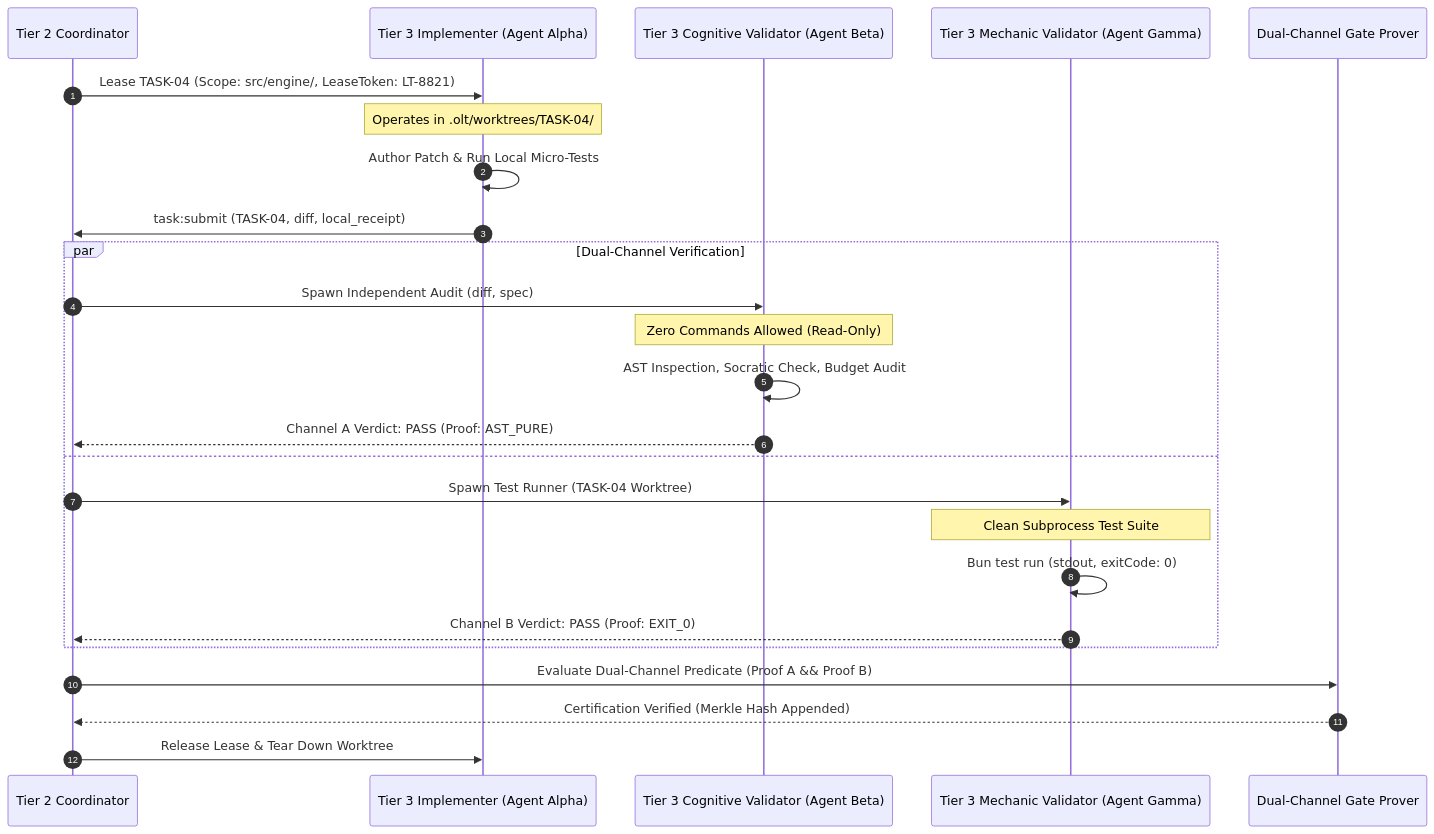
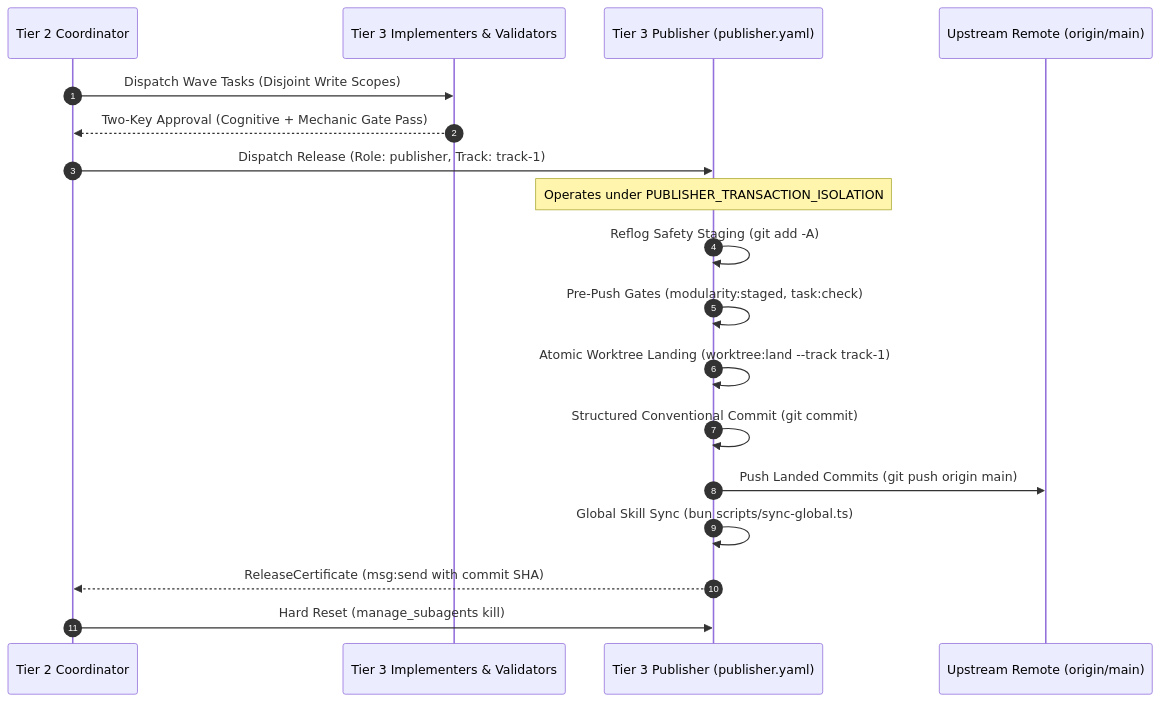
The diagram in docs/olt/architecture/02-four-tier-hierarchy/02-01-the-four-tier-agent-model.md (onurseckin/skills), drawn with Mermaid before and after one commit. The commit also changed other lines of this file and 115 other files, not shown here.

Commit message:
docs(olt): reconcile chapters 02, 06, 08, and skill references

````diff
--- a/docs/olt/architecture/02-four-tier-hierarchy/02-01-the-four-tier-agent-model.md
+++ b/docs/olt/architecture/02-four-tier-hierarchy/02-01-the-four-tier-agent-model.md
@@ -210,30 +108,21 @@
 ```mermaid
 sequenceDiagram
     autonumber
     participant Coord as Tier 2 Coordinator
-    participant Imp as Tier 3 Implementer (Agent Alpha)
-    participant CogVal as Tier 3 Cognitive Validator (Agent Beta)
-    participant MechVal as Tier 3 Mechanic Validator (Agent Gamma)
-    participant Gate as Dual-Channel Gate Prover
+    participant Workers as Tier 3 Implementers & Validators
+    participant Pub as Tier 3 Publisher (publisher.yaml)
+    participant Remote as Upstream Remote (origin/main)
 
-    Coord->>Imp: Lease TASK-04 (Scope: src/engine/, LeaseToken: LT-8821)
-    Note over Imp: Operates in .olt/worktrees/TASK-04/
-    Imp->>Imp: Author Patch & Run Local Micro-Tests
-    Imp->>Coord: task:submit (TASK-04, diff, local_receipt)
-
-    par Dual-Channel Verification
-        Coord->>CogVal: Spawn Independent Audit (diff, spec)
-        Note over CogVal: Zero Commands Allowed (Read-Only)
-        CogVal->>CogVal: AST Inspection, Socratic Check, Budget Audit
-        CogVal-->>Coord: Channel A Verdict: PASS (Proof: AST_PURE)
-    and
-        Coord->>MechVal: Spawn Test Runner (TASK-04 Worktree)
-        Note over MechVal: Clean Subprocess Test Suite
-        MechVal->>MechVal: Bun test run (stdout, exitCode: 0)
-        MechVal-->>Coord: Channel B Verdict: PASS (Proof: EXIT_0)
-    end
-
-    Coord->>Gate: Evaluate Dual-Channel Predicate (Proof A && Proof B)
-    Gate-->>Coord: Certification Verified (Merkle Hash Appended)
-    Coord->>Imp: Release Lease & Tear Down Worktree
+    Coord->>Workers: Dispatch Wave Tasks (Disjoint Write Scopes)
+    Workers-->>Coord: Two-Key Approval (Cognitive + Mechanic Gate Pass)
+    Coord->>Pub: Dispatch Release (Role: publisher, Track: track-1)
+    Note over Pub: Operates under PUBLISHER_TRANSACTION_ISOLATION
+    Pub->>Pub: Reflog Safety Staging (git add -A)
+    Pub->>Pub: Pre-Push Gates (modularity:staged, task:check)
+    Pub->>Pub: Atomic Worktree Landing (worktree:land --track track-1)
+    Pub->>Pub: Structured Conventional Commit (git commit)
+    Pub->>Remote: Push Landed Commits (git push origin main)
+    Pub->>Pub: Global Skill Sync (bun scripts/sync-global.ts)
+    Pub-->>Coord: ReleaseCertificate (msg:send with commit SHA)
+    Coord->>Pub: Hard Reset (manage_subagents kill)
 ```
````
